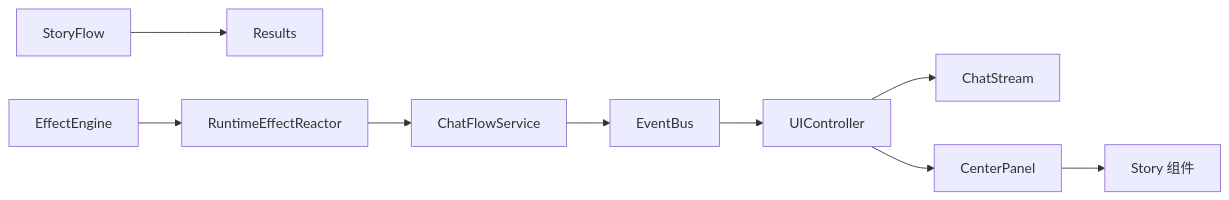
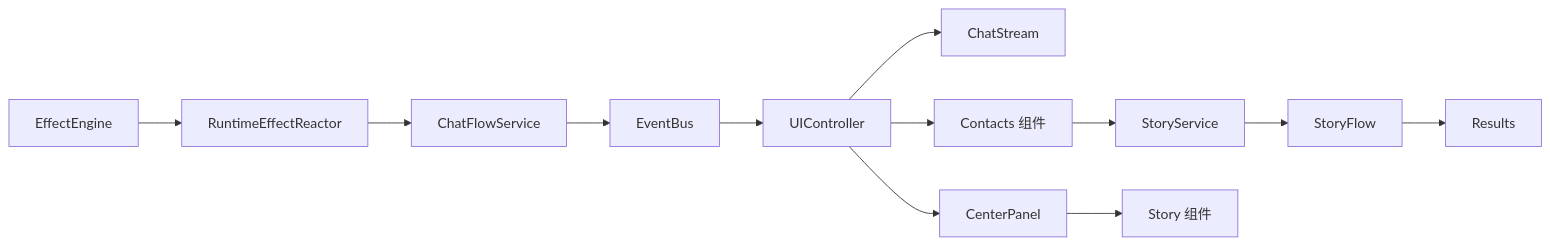
The seventh of 7 diagrams in .qoder/repowiki/zh/content/用户界面/聊天界面.md (EsiLA9/Arona-Clicker), drawn with Mermaid before and after one commit. The commit also changed other lines of this file and 79 other files, not shown here.

````diff
--- a/.qoder/repowiki/zh/content/用户界面/聊天界面.md
+++ b/.qoder/repowiki/zh/content/用户界面/聊天界面.md
@@ -293,11 +360,14 @@
 ```mermaid
 graph LR
 CTRL["UIController"] --> CS["ChatStream"]
 CTRL --> CP["CenterPanel"]
+CTRL --> CT["Contacts 组件"]
+CT --> SS["StoryService"]
 CP --> ST["Story 组件"]
 SF["StoryFlow"] --> RT["Results"]
+SS --> SF
 EE["EffectEngine"] --> RR["RuntimeEffectReactor"]
 RR --> CFS["ChatFlowService"]
 CFS --> EVT["EventBus"]
 EVT --> CTRL
 ```
````
